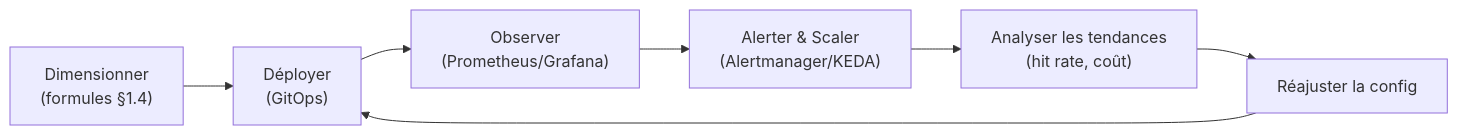
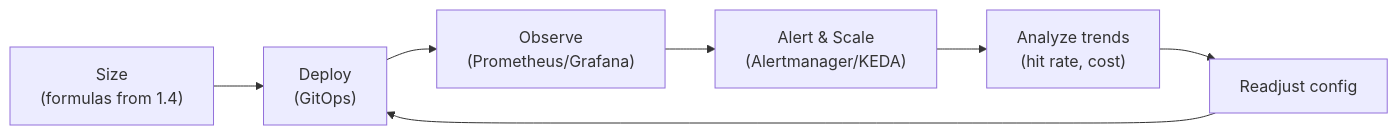
The ninth of 9 diagrams in docs/explain/bible-kv-cache.md (ADORSYS-GIS/Custom-Ai-Ops), drawn with Mermaid before and after one commit. The commit also changed other lines of this file and 25 other files, not shown here.

````diff
--- a/docs/explain/bible-kv-cache.md
+++ b/docs/explain/bible-kv-cache.md
@@ -605,9 +605,9 @@
 ```mermaid
 flowchart LR
-    A["Dimensionner\n(formules §1.4)"] --> B["Déployer\n(GitOps)"]
-    B --> C["Observer\n(Prometheus/Grafana)"]
-    C --> D["Alerter & Scaler\n(Alertmanager/KEDA)"]
-    D --> E["Analyser les tendances\n(hit rate, coût)"]
-    E --> F["Réajuster la config"]
+    A["Size\n(formulas from 1.4)"] --> B["Deploy\n(GitOps)"]
+    B --> C["Observe\n(Prometheus/Grafana)"]
+    C --> D["Alert & Scale\n(Alertmanager/KEDA)"]
+    D --> E["Analyze trends\n(hit rate, cost)"]
+    E --> F["Readjust config"]
     F --> B
 ```
````
